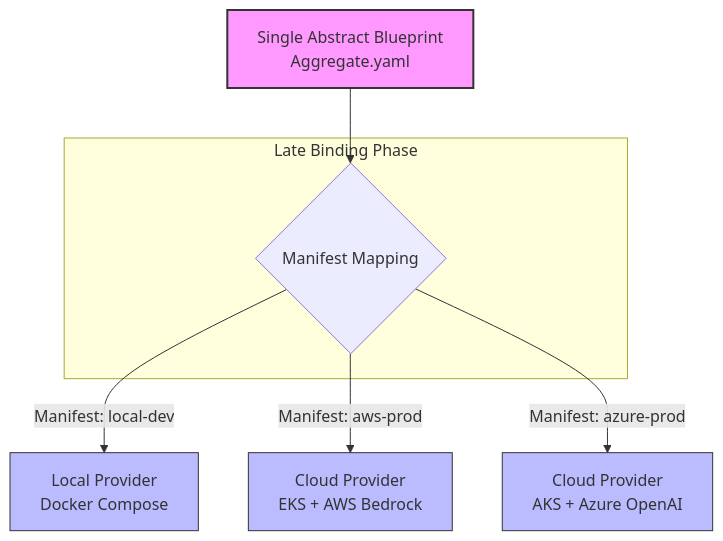
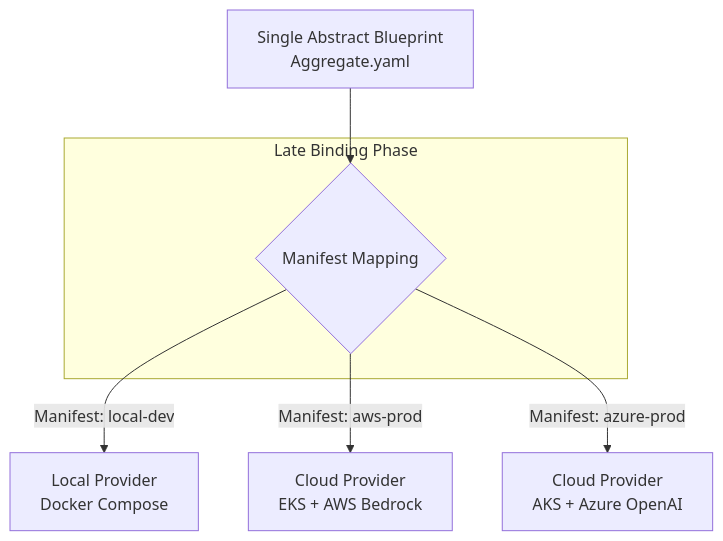
One commit to aggrega-ai/aggrega-docs changed the diagram in architecture/01-vision-and-positioning.md. Above: the diagram before and after it, drawn with Mermaid. The commit also changed 5 other files, not shown here.

Commit message:
feat(site): draw mermaid diagrams in the browser in the page's light or dark theme

```diff
--- a/architecture/01-vision-and-positioning.md
+++ b/architecture/01-vision-and-positioning.md
@@ -48,19 +48,14 @@
 ~~~mermaid
 graph TD
     A["Single Abstract Blueprint<br/>Aggregate.yaml"]
 
     subgraph LateBinding ["Late Binding Phase"]
         B{"Manifest Mapping"}
     end
 
     A --> B
 
     B -->|"Manifest: local-dev"| C["Local Provider<br/>Docker Compose"]
     B -->|"Manifest: aws-prod"| D["Cloud Provider<br/>EKS + AWS Bedrock"]
     B -->|"Manifest: azure-prod"| E["Cloud Provider<br/>AKS + Azure OpenAI"]
-
-    style A fill:#f9f,stroke:#333,stroke-width:2px
-    style C fill:#bbf,stroke:#333,stroke-width:1px
-    style D fill:#bbf,stroke:#333,stroke-width:1px
-    style E fill:#bbf,stroke:#333,stroke-width:1px
 ~~~
```
